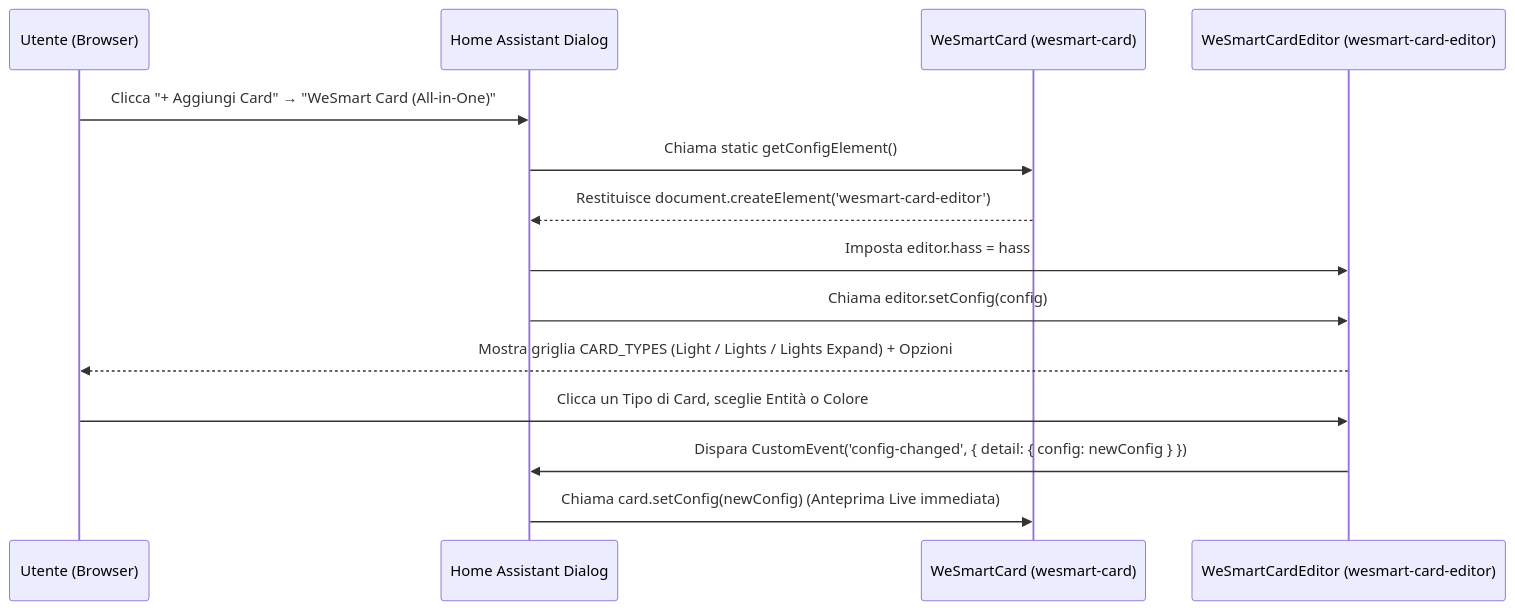
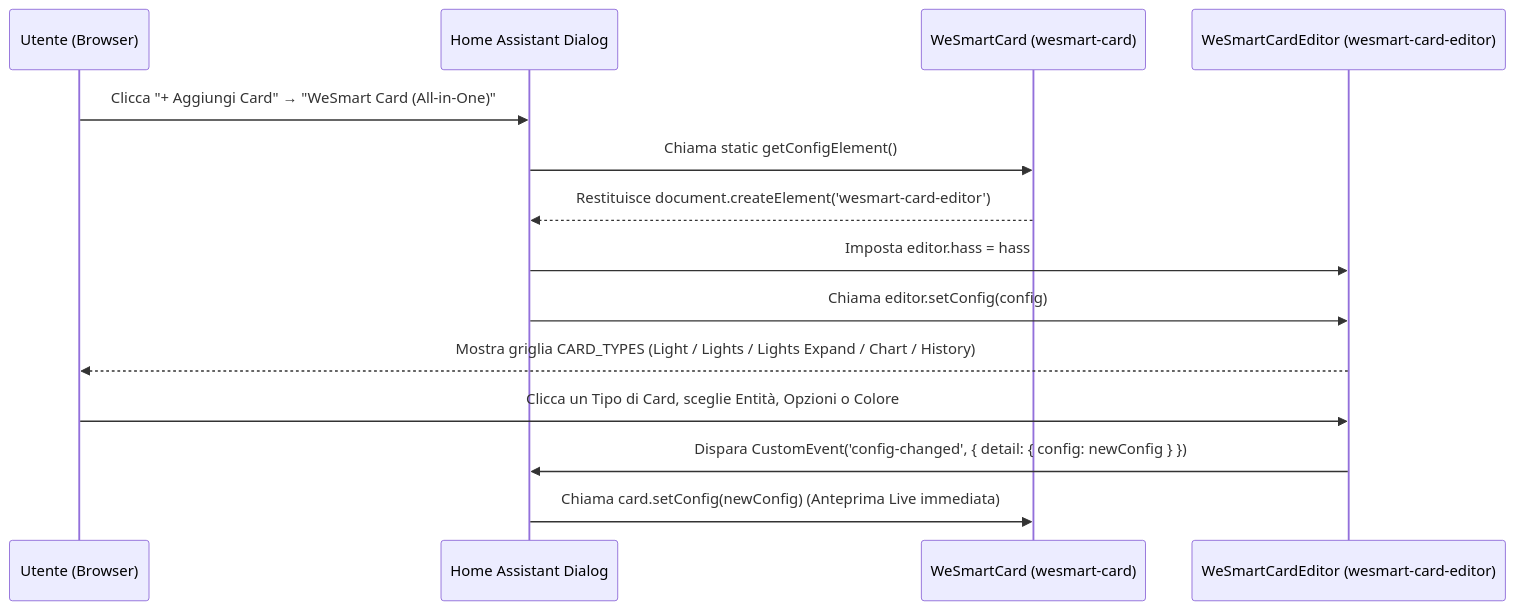
Before and after one commit to WeAreSmart-home/wesmart-original-custom-cards: the diagram in WeSmart-Card/DOCUMENTATION.md, drawn with Mermaid. The commit also changed other lines of this file and 4 other files, not shown here.

Commit message:
feat(WeSmart-Card): add Chart and History card types to wesmart-card.js v1.1.0 with Visual Editor controls

````diff
--- a/WeSmart-Card/DOCUMENTATION.md
+++ b/WeSmart-Card/DOCUMENTATION.md
@@ -33,17 +37,17 @@
 ```mermaid
 sequenceDiagram
     participant User as Utente (Browser)
     participant HA as Home Assistant Dialog
     participant Card as WeSmartCard (wesmart-card)
     participant Editor as WeSmartCardEditor (wesmart-card-editor)
 
     User->>HA: Clicca "+ Aggiungi Card" → "WeSmart Card (All-in-One)"
     HA->>Card: Chiama static getConfigElement()
     Card-->>HA: Restituisce document.createElement('wesmart-card-editor')
     HA->>Editor: Imposta editor.hass = hass
     HA->>Editor: Chiama editor.setConfig(config)
-    Editor-->>User: Mostra griglia CARD_TYPES (Light / Lights / Lights Expand) + Opzioni
-    User->>Editor: Clicca un Tipo di Card, sceglie Entità o Colore
+    Editor-->>User: Mostra griglia CARD_TYPES (Light / Lights / Lights Expand / Chart / History)
+    User->>Editor: Clicca un Tipo di Card, sceglie Entità, Opzioni o Colore
     Editor->>HA: Dispara CustomEvent('config-changed', { detail: { config: newConfig } })
     HA->>Card: Chiama card.setConfig(newConfig) (Anteprima Live immediata)
 ```
````
